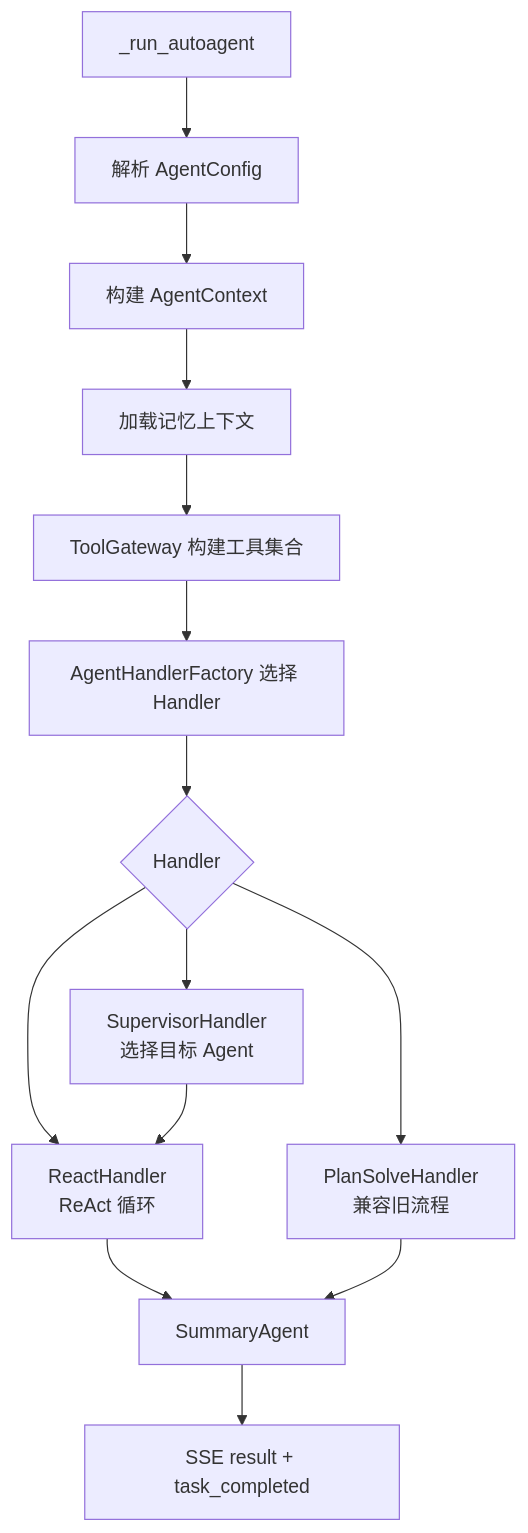
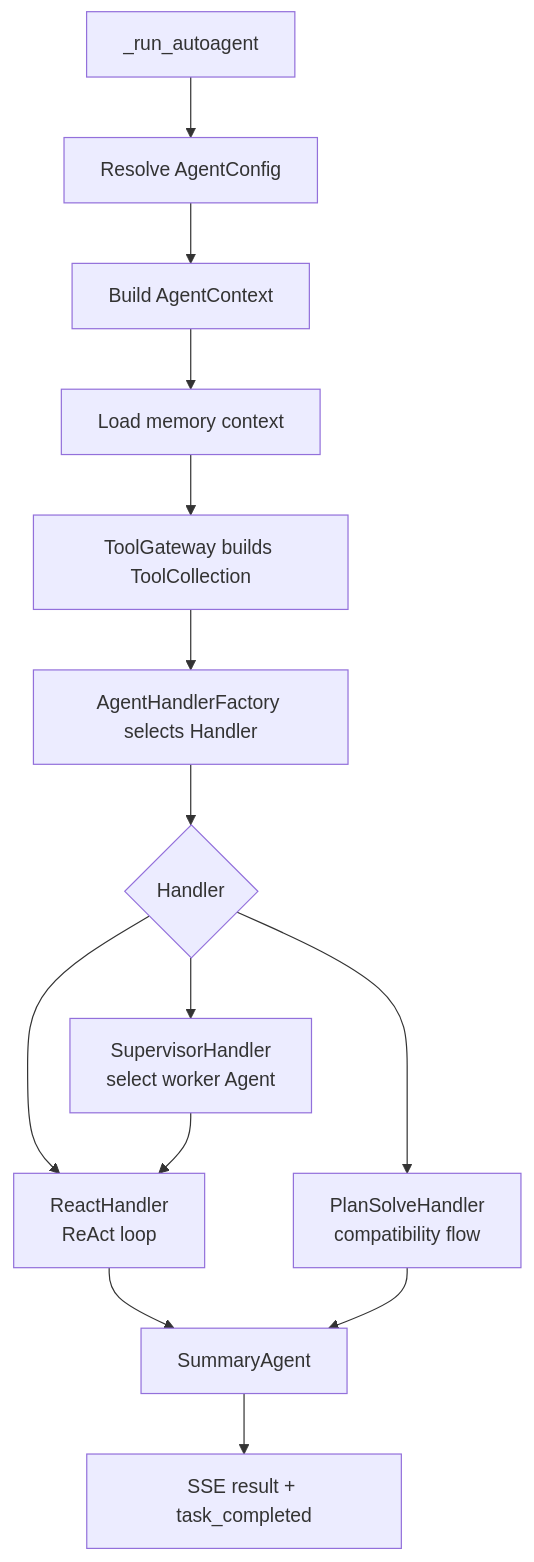
One commit to youkuxiaobin/task-pilot-agent changed the eighth of 18 diagrams in README.md. Above: the diagram before and after it, drawn with Mermaid. The commit also changed other lines of this file and 1 other file, not shown here.

````diff
--- a/README.md
+++ b/README.md
@@ -159,16 +176,16 @@
 ```mermaid
 flowchart TD
-  A["_run_autoagent"] --> B["解析 AgentConfig"]
-  B --> C["构建 AgentContext"]
-  C --> D["加载记忆上下文"]
-  D --> E["ToolGateway 构建工具集合"]
-  E --> F["AgentHandlerFactory 选择 Handler"]
+  A["_run_autoagent"] --> B["Resolve AgentConfig"]
+  B --> C["Build AgentContext"]
+  C --> D["Load memory context"]
+  D --> E["ToolGateway builds ToolCollection"]
+  E --> F["AgentHandlerFactory selects Handler"]
   F --> G{"Handler"}
-  G --> H["SupervisorHandler<br/>选择目标 Agent"]
-  G --> I["ReactHandler<br/>ReAct 循环"]
-  G --> J["PlanSolveHandler<br/>兼容旧流程"]
+  G --> H["SupervisorHandler<br/>select worker Agent"]
+  G --> I["ReactHandler<br/>ReAct loop"]
+  G --> J["PlanSolveHandler<br/>compatibility flow"]
   H --> I
   I --> K["SummaryAgent"]
   J --> K
   K --> L["SSE result + task_completed"]
 ```
````
